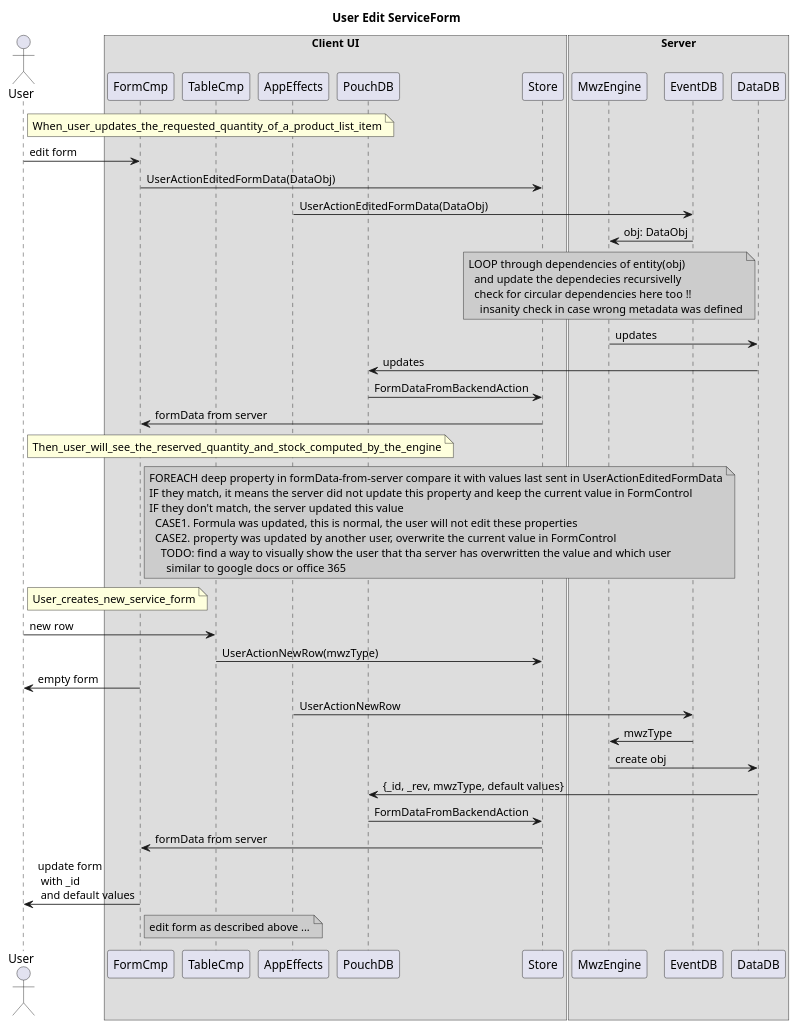
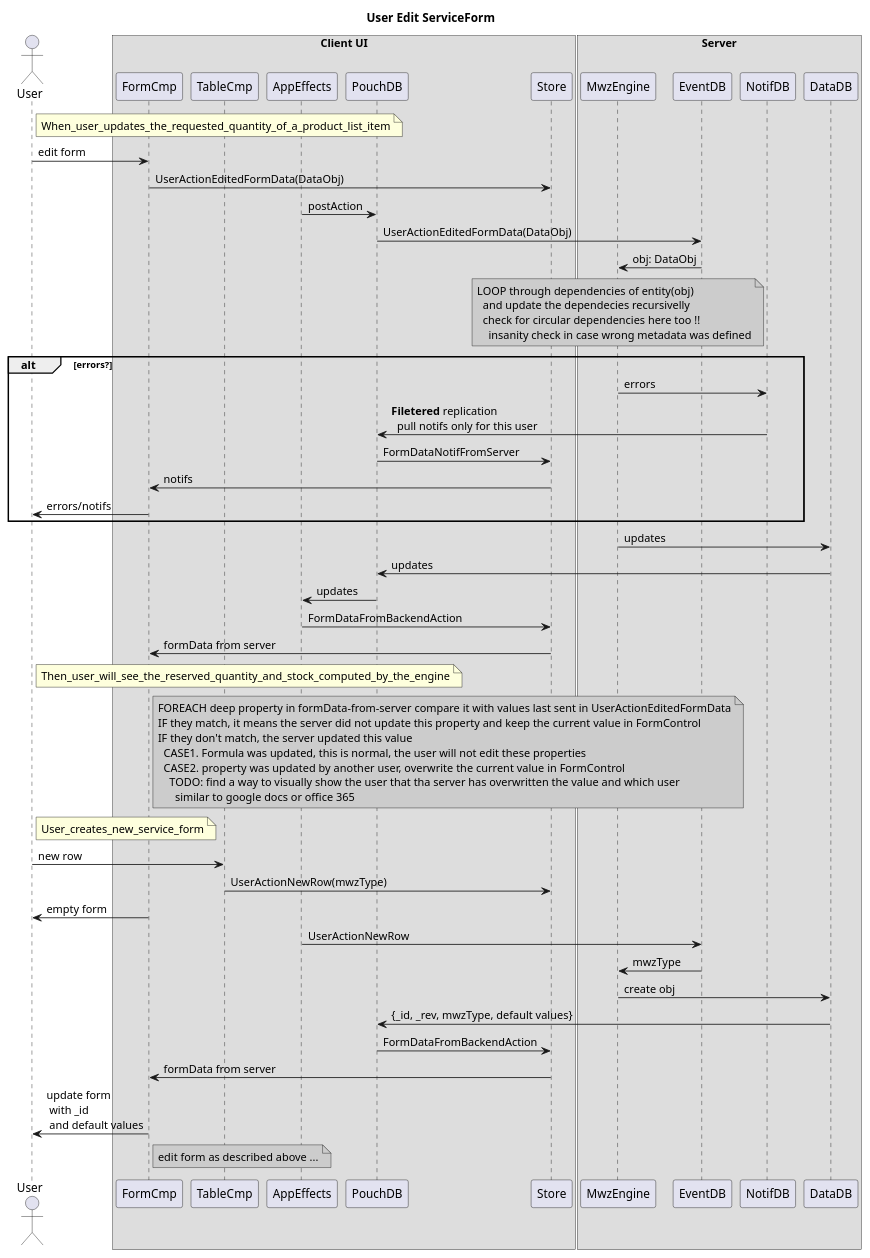
The diagram in docs/edit_flow.puml (formuladb/poc1), drawn with PlantUML before and after one commit. The commit also changed 11 other files, not shown here.

```diff
--- a/docs/edit_flow.puml
+++ b/docs/edit_flow.puml
@@ -1,61 +1,74 @@
 @startuml edit_flow
 
 title User Edit ServiceForm
 
 actor User
 box "Client UI"
     participant FormCmp
     participant TableCmp
     participant AppEffects
     participant PouchDB
     participant Store
 end box
 box "Server"
     participant MwzEngine
     participant EventDB
+    participant NotifDB
     participant DataDB
 end box
 
 note right of User: When_user_updates_the_requested_quantity_of_a_product_list_item
 
 User -> FormCmp: edit form
 FormCmp -> Store: UserActionEditedFormData(DataObj)
-AppEffects -> EventDB: UserActionEditedFormData(DataObj)
+AppEffects -> PouchDB: postAction
+PouchDB -> EventDB: UserActionEditedFormData(DataObj)
 MwzEngine <- EventDB: obj: DataObj
 note over MwzEngine #CCCCCC
 LOOP through dependencies of entity(obj)
   and update the dependecies recursivelly
   check for circular dependencies here too !!
     insanity check in case wrong metadata was defined
 end note
+
+alt errors?
+MwzEngine -> NotifDB: errors
+NotifDB -> PouchDB: **Filetered** replication\n\
+  pull notifs only for this user
+PouchDB -> Store: FormDataNotifFromServer
+FormCmp <- Store: notifs
+User <- FormCmp: errors/notifs
+end
+
 MwzEngine -> DataDB: updates
 PouchDB <- DataDB: updates
-PouchDB -> Store: FormDataFromBackendAction
+AppEffects <- PouchDB: updates
+AppEffects -> Store: FormDataFromBackendAction
 FormCmp <- Store: formData from server
 
 note right of User: Then_user_will_see_the_reserved_quantity_and_stock_computed_by_the_engine
 note right of FormCmp #CCCCCC
 FOREACH deep property in formData-from-server compare it with values last sent in UserActionEditedFormData
 IF they match, it means the server did not update this property and keep the current value in FormControl
 IF they don't match, the server updated this value
   CASE1. Formula was updated, this is normal, the user will not edit these properties
   CASE2. property was updated by another user, overwrite the current value in FormControl
     TODO: find a way to visually show the user that tha server has overwritten the value and which user
       similar to google docs or office 365
 end note
 
 note right of User: User_creates_new_service_form
 
 User -> TableCmp: new row
 TableCmp -> Store: UserActionNewRow(mwzType)
 User <- FormCmp: empty form
 AppEffects -> EventDB: UserActionNewRow
 MwzEngine <- EventDB: mwzType
 MwzEngine -> DataDB: create obj
 PouchDB <- DataDB: {_id, _rev, mwzType, default values}
 PouchDB -> Store: FormDataFromBackendAction
 FormCmp <- Store: formData from server
 User <- FormCmp: update form\n with _id\n and default values
 note right FormCmp #CCCCCC: edit form as described above ...
 
 @enduml
```
